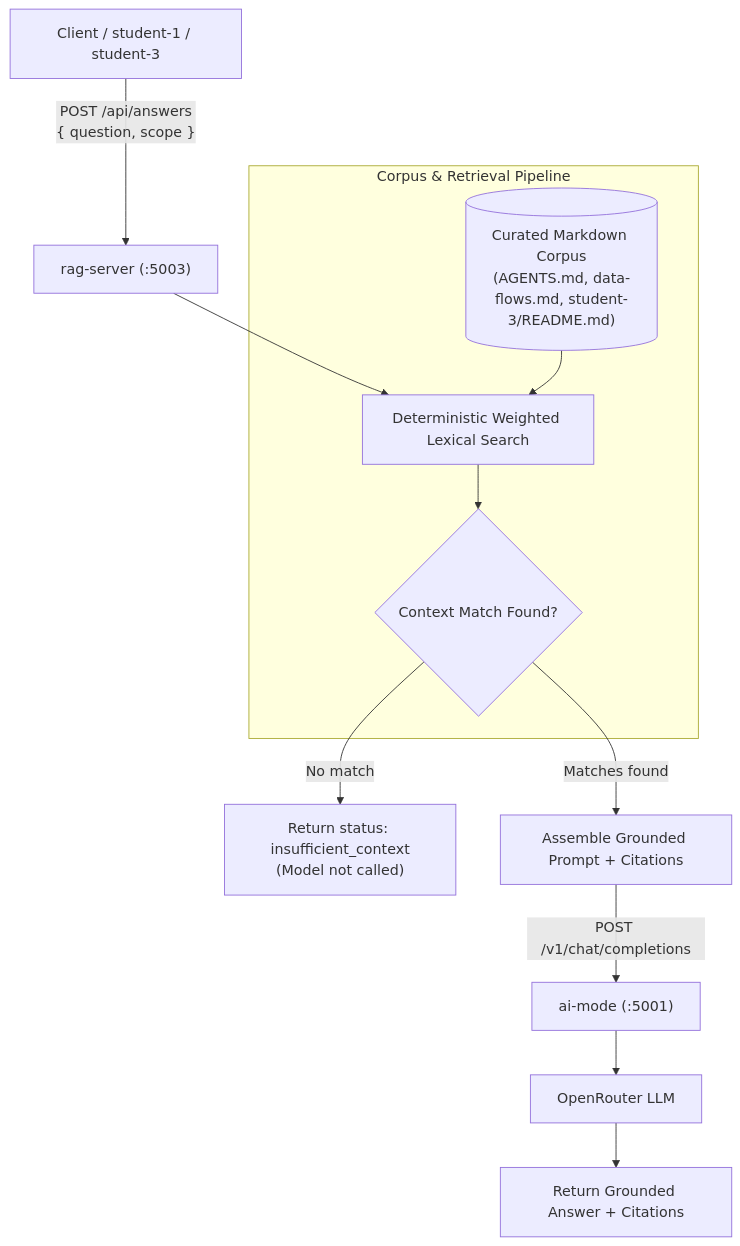
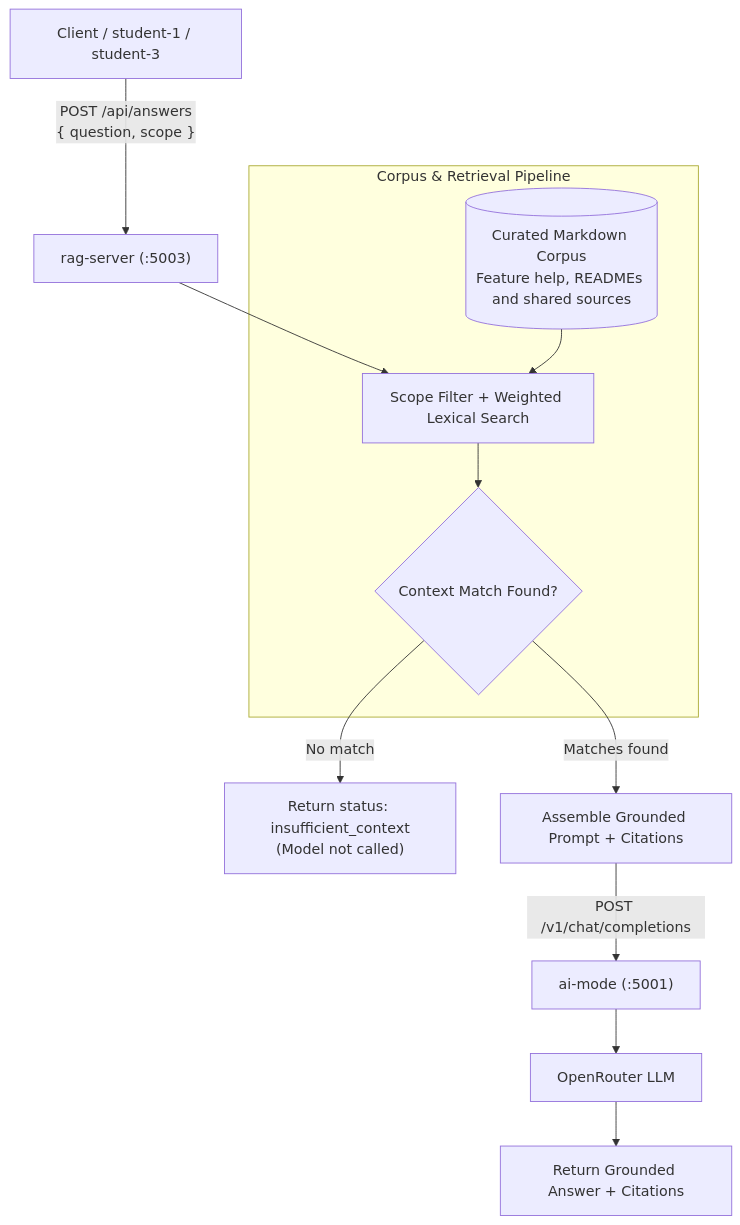
The diagram in ai-services/rag-server/README.md (AmAComputerNerd/41026--software-development-project), drawn with Mermaid before and after one commit. The commit also changed other lines of this file and 7 other files, not shown here.

````diff
--- a/ai-services/rag-server/README.md
+++ b/ai-services/rag-server/README.md
@@ -9,19 +9,19 @@
 ```mermaid
 flowchart TD
     Client["Client / student-1 / student-3"] -- "POST /api/answers<br>{ question, scope }" --> RAG["rag-server (:5003)"]
 
     subgraph Indexing["Corpus & Retrieval Pipeline"]
-        Corpus[("Curated Markdown Corpus<br>(AGENTS.md, data-flows.md, student-3/README.md)")]
-        LexicalSearch["Deterministic Weighted Lexical Search"]
+        Corpus[("Curated Markdown Corpus<br>Feature help, READMEs and shared sources")]
+        LexicalSearch["Scope Filter + Weighted Lexical Search"]
         ContextCheck{"Context Match Found?"}
     end
 
     RAG --> LexicalSearch
     Corpus --> LexicalSearch
     LexicalSearch --> ContextCheck
     ContextCheck -- "No match" --> Insufficient["Return status: insufficient_context<br>(Model not called)"]
     ContextCheck -- "Matches found" --> Prompt["Assemble Grounded Prompt + Citations"]
     Prompt -- "POST /v1/chat/completions" --> AIM["ai-mode (:5001)"]
     AIM --> OpenRouter["OpenRouter LLM"]
     OpenRouter --> Answer["Return Grounded Answer + Citations"]
 ```
````
